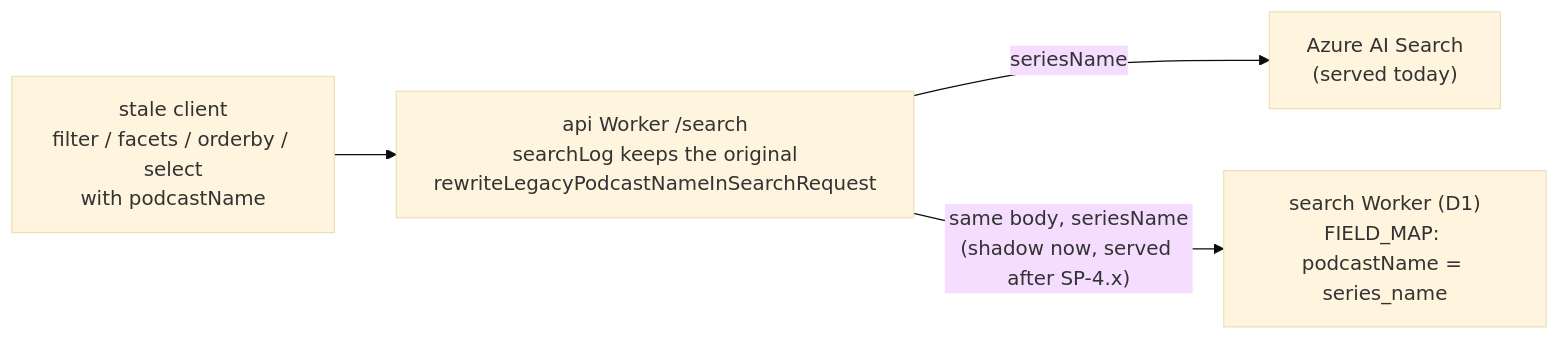
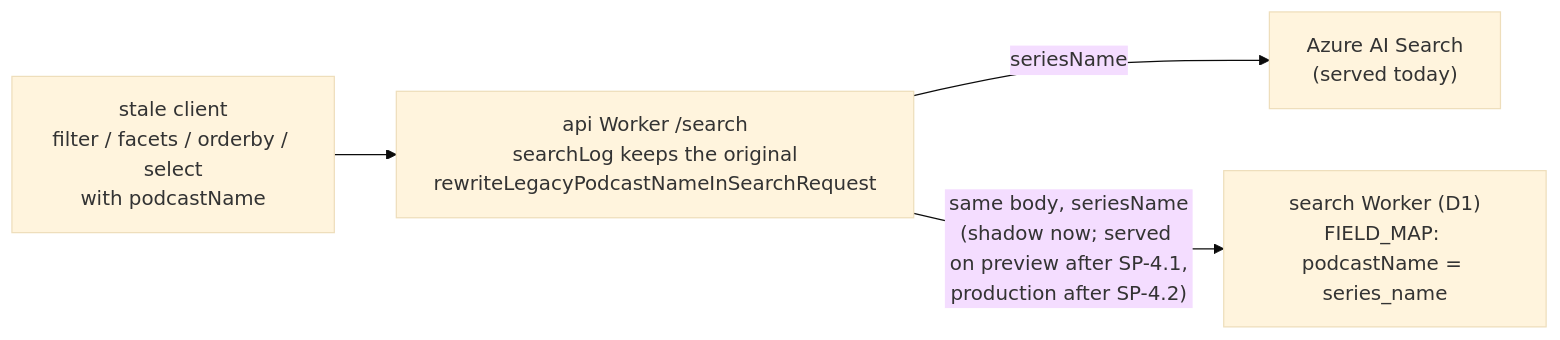
The fourth of 4 diagrams in workers/search/README.md (cultpodcasts/Api), drawn with Mermaid (base theme) before and after one commit. The commit also changed other lines of this file and 1 other file, not shown here.

Commit message:
SP-4.3 review: shared app/ctx/env helpers for the POST /search alias tests; name SP-4.1/4.2 in the flow; note the rewrite is word-boundary text

````diff
--- a/workers/search/README.md
+++ b/workers/search/README.md
@@ -424,6 +424,6 @@
 ```mermaid
 flowchart LR
   C["stale client<br/>filter / facets / orderby / select<br/>with podcastName"] --> A["api Worker /search<br/>searchLog keeps the original<br/>rewriteLegacyPodcastNameInSearchRequest"]
   A -->|"seriesName"| Z["Azure AI Search<br/>(served today)"]
-  A -->|"same body, seriesName<br/>(shadow now, served after SP-4.x)"| D["search Worker (D1)<br/>FIELD_MAP: podcastName = series_name"]
+  A -->|"same body, seriesName<br/>(shadow now; served on preview after SP-4.1,<br/>production after SP-4.2)"| D["search Worker (D1)<br/>FIELD_MAP: podcastName = series_name"]
 ```
````
